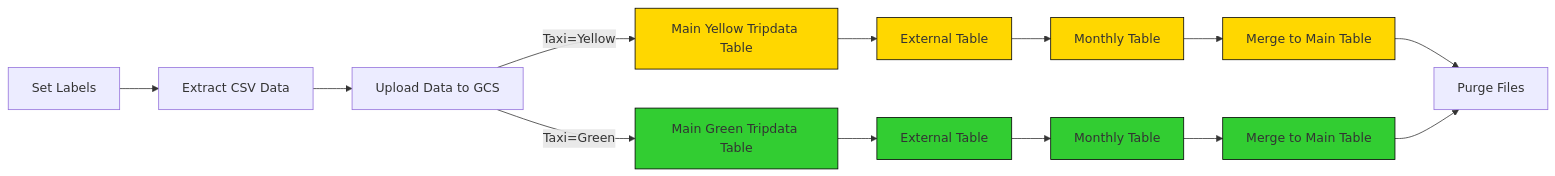
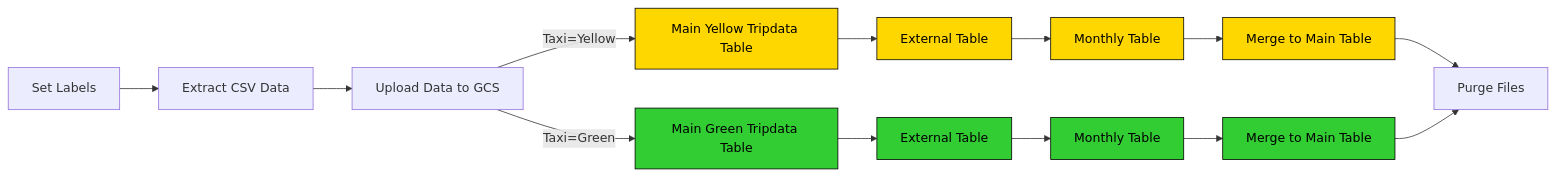
The third of 4 diagrams in 02-workflow-orchestration/README.md (DataTalksClub/data-engineering-zoomcamp), drawn with Mermaid before and after one commit.

Commit message:
docs(mermaid): set text color to black in yellow and green boxes

````diff
--- a/02-workflow-orchestration/README.md
+++ b/02-workflow-orchestration/README.md
@@ -325,18 +325,18 @@
 ```mermaid
 graph LR
   SetLabel[Set Labels] --> Extract[Extract CSV Data]
   Extract --> UploadToGCS[Upload Data to GCS]
   UploadToGCS -->|Taxi=Yellow| BQYellowTripdata[Main Yellow Tripdata Table]:::yellow
   UploadToGCS -->|Taxi=Green| BQGreenTripdata[Main Green Tripdata Table]:::green
   BQYellowTripdata --> BQYellowTableExt[External Table]:::yellow
   BQGreenTripdata --> BQGreenTableExt[External Table]:::green
   BQYellowTableExt --> BQYellowTableTmp[Monthly Table]:::yellow
   BQGreenTableExt --> BQGreenTableTmp[Monthly Table]:::green
   BQYellowTableTmp --> BQYellowMerge[Merge to Main Table]:::yellow
   BQGreenTableTmp --> BQGreenMerge[Merge to Main Table]:::green
   BQYellowMerge --> PurgeFiles[Purge Files]
   BQGreenMerge --> PurgeFiles[Purge Files]
 
-  classDef yellow fill:#FFD700,stroke:#000,stroke-width:1px;
-  classDef green fill:#32CD32,stroke:#000,stroke-width:1px;
+  classDef yellow fill:#FFD700,stroke:#000,stroke-width:1px,color:#000
+  classDef green fill:#32CD32,stroke:#000,stroke-width:1px,color:#000
 ```
````
